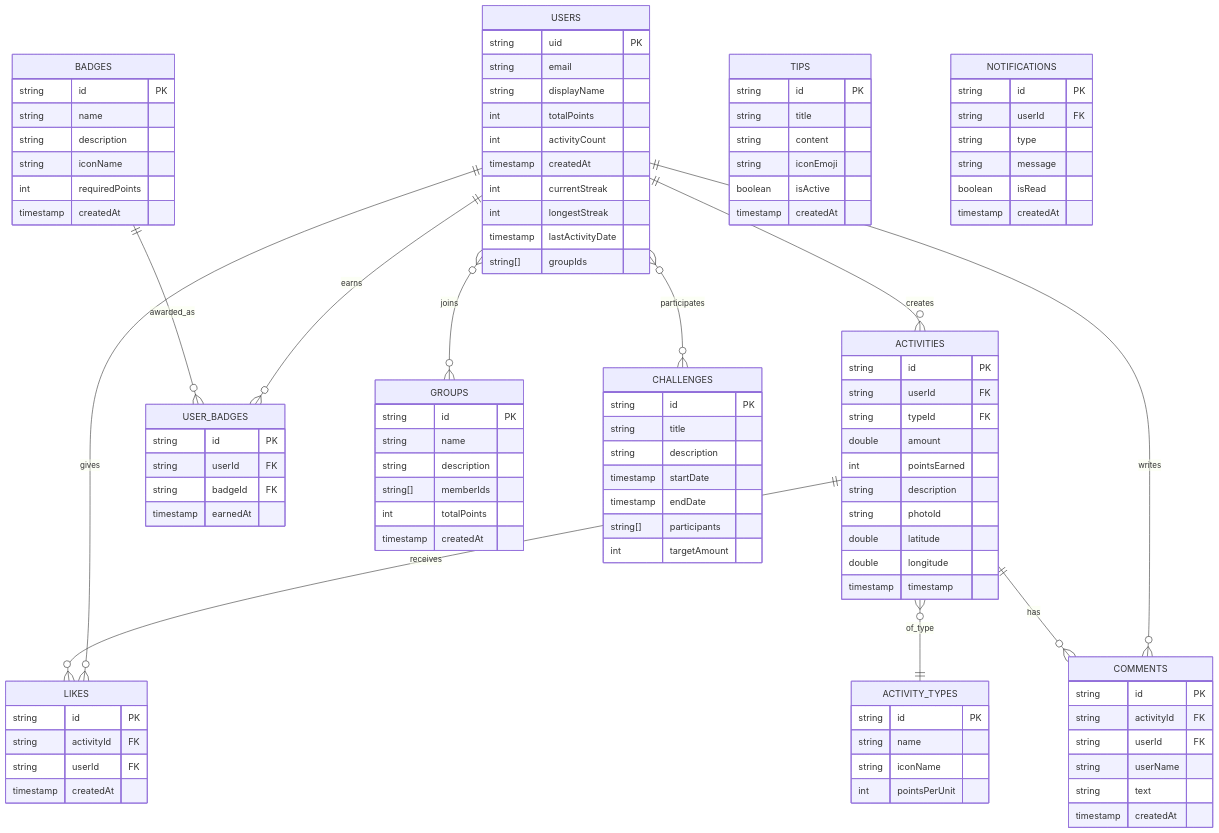
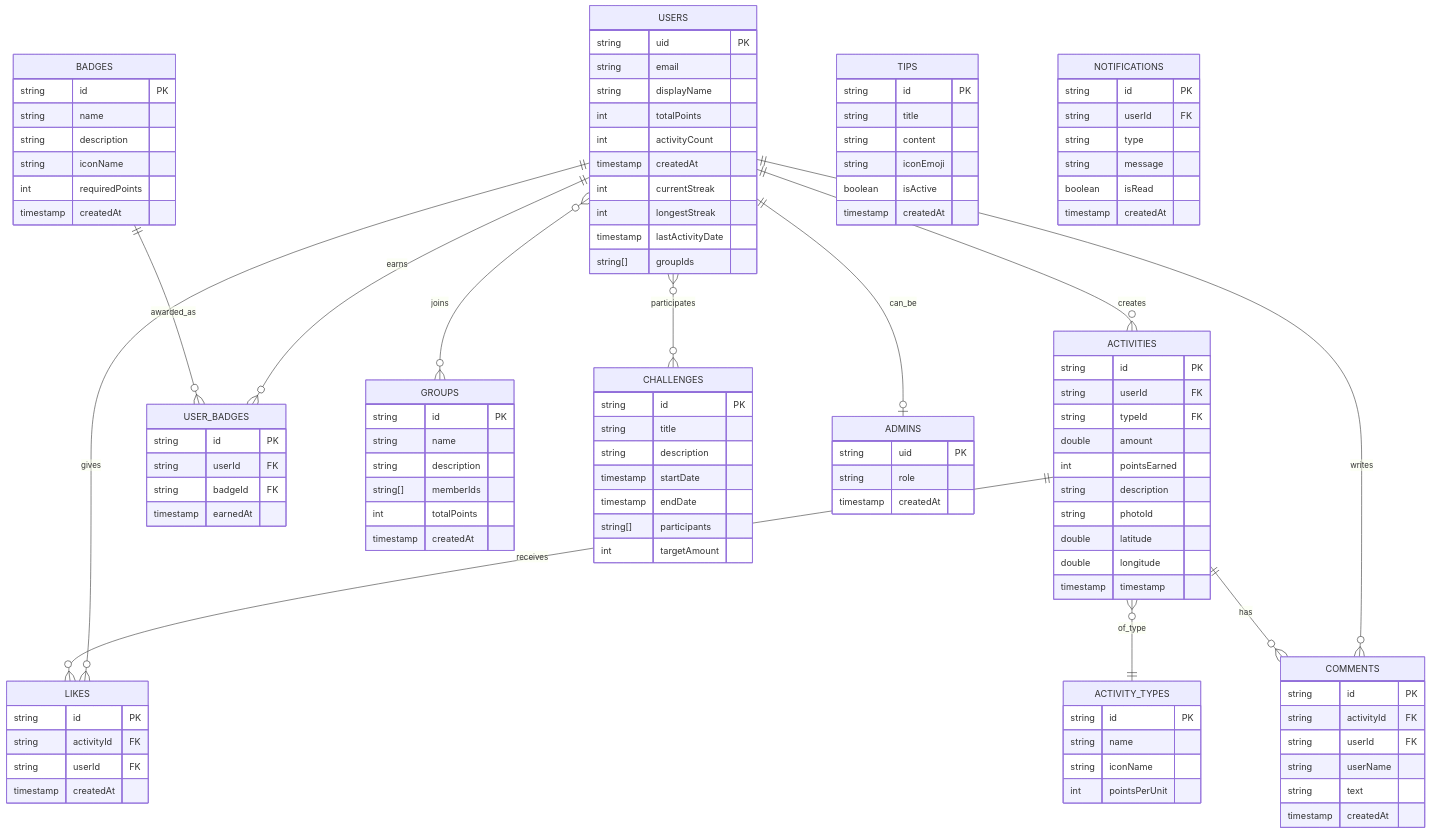
The diagram in DATABASE_SCHEMA.md (akadirdgn/ecotrack-mobile), drawn with Mermaid before and after one commit. The commit also changed other lines of this file, not shown here.

```diff
--- a/DATABASE_SCHEMA.md
+++ b/DATABASE_SCHEMA.md
@@ -8,6 +8,7 @@
     USERS ||--o{ COMMENTS : writes
     USERS }o--o{ GROUPS : "joins"
     USERS }o--o{ CHALLENGES : participates
+    USERS ||--o| ADMINS : "can_be"
     
     ACTIVITIES ||--o{ LIKES : receives
     ACTIVITIES ||--o{ COMMENTS : has
@@ -26,6 +27,12 @@
         int longestStreak
         timestamp lastActivityDate
         string[] groupIds
+    }
+    
+    ADMINS {
+        string uid PK
+        string role
+        timestamp createdAt
     }
     
     ACTIVITIES {
```
